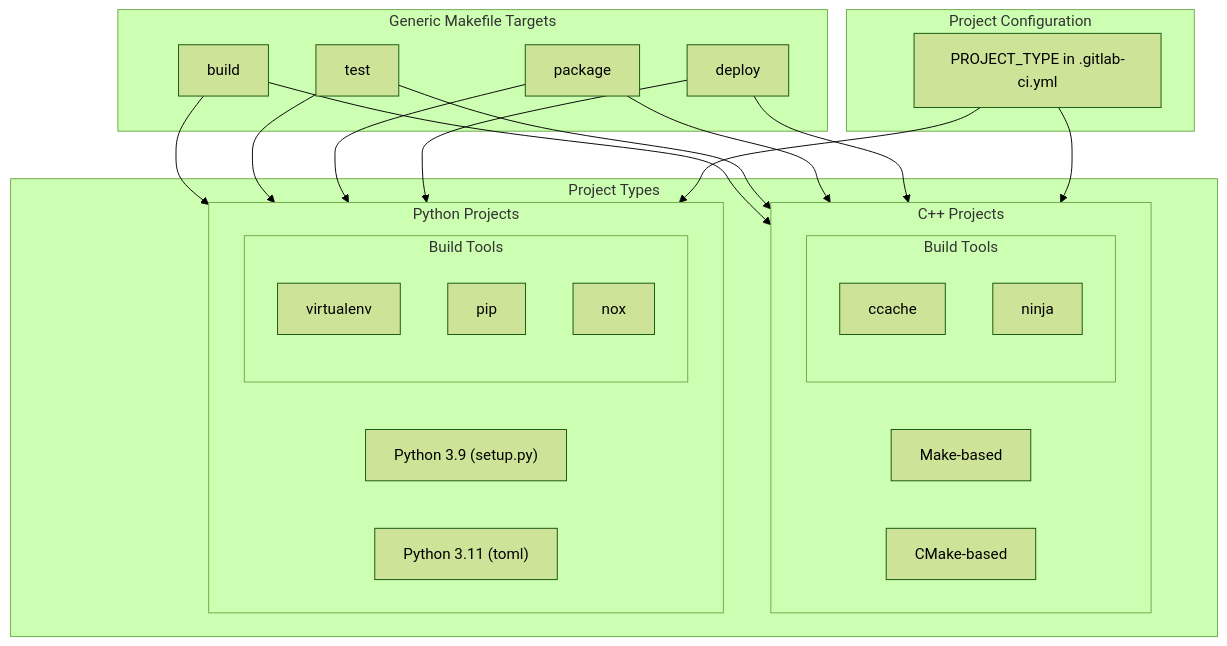
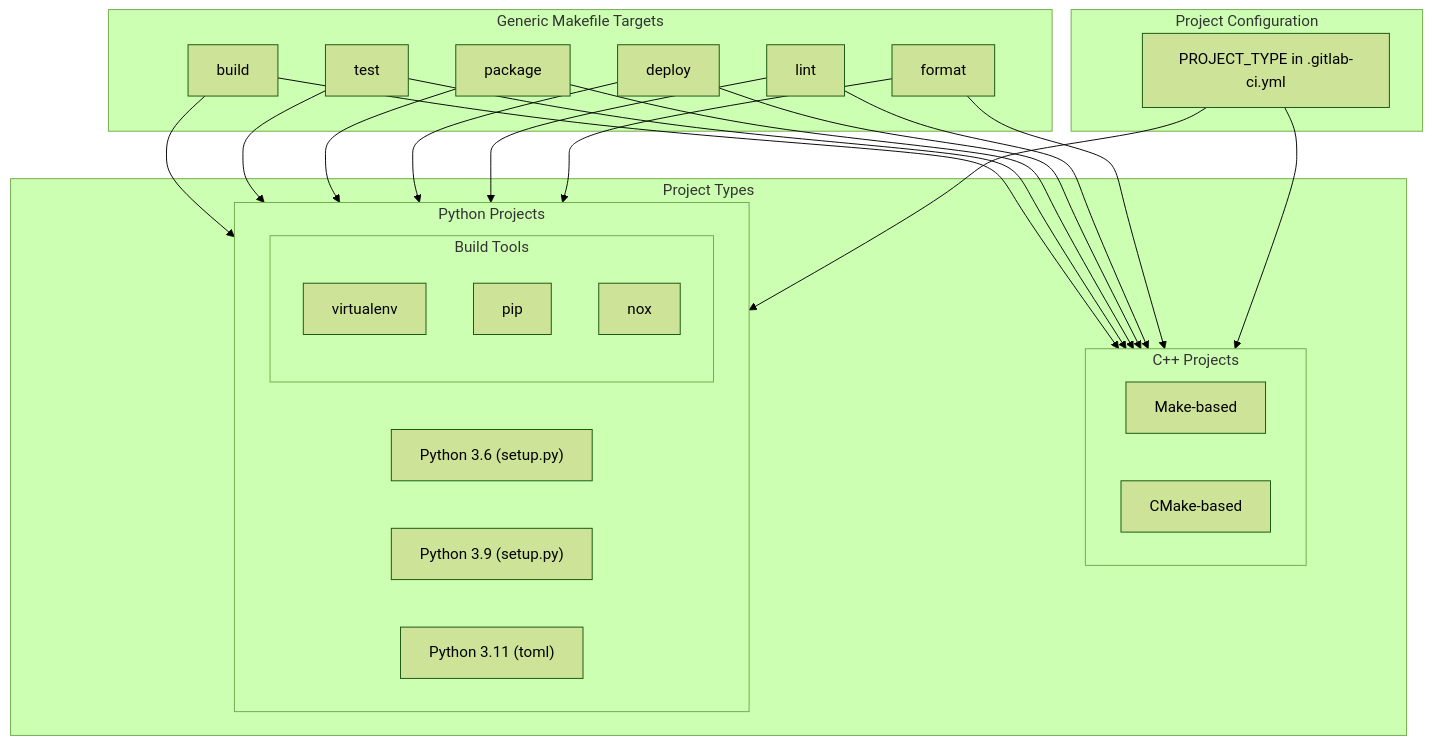
One commit to jlheater/test-project-123456 changed the first of 7 diagrams in memory-bank/systemPatterns.md. Above: the diagram before and after it, drawn with Mermaid (forest theme). The commit also changed other lines of this file and 9 other files, not shown here.

````diff
--- a/memory-bank/systemPatterns.md
+++ b/memory-bank/systemPatterns.md
@@ -6,42 +6,40 @@
 ```mermaid
 flowchart TD
     subgraph Make["Generic Makefile Targets"]
         B[build]
         T[test]
         P[package]
         D[deploy]
+        L[lint]
+        F[format]
     end
 
     subgraph Projects["Project Types"]
         subgraph CPP["C++ Projects"]
             MAKE["Make-based"]
             CMAKE["CMake-based"]
-            
-            subgraph CPP_Tools["Build Tools"]
-                CCACHE["ccache"]
-                NINJA["ninja"]
-            end
         end
         
         subgraph PY["Python Projects"]
+            PY36["Python 3.6 (setup.py)"]
             PY39["Python 3.9 (setup.py)"]
             PY311["Python 3.11 (toml)"]
             
             subgraph PY_Tools["Build Tools"]
                 VENV["virtualenv"]
                 PIP["pip"]
                 NOX["nox"]
             end
         end
     end
 
-    B & T & P & D --> CPP
-    B & T & P & D --> PY
+    B & T & P & D & L & F --> CPP
+    B & T & P & D & L & F --> PY
 
     subgraph Config["Project Configuration"]
         TYPE["PROJECT_TYPE in .gitlab-ci.yml"]
     end
 
     TYPE --> CPP
     TYPE --> PY
 ```
````
